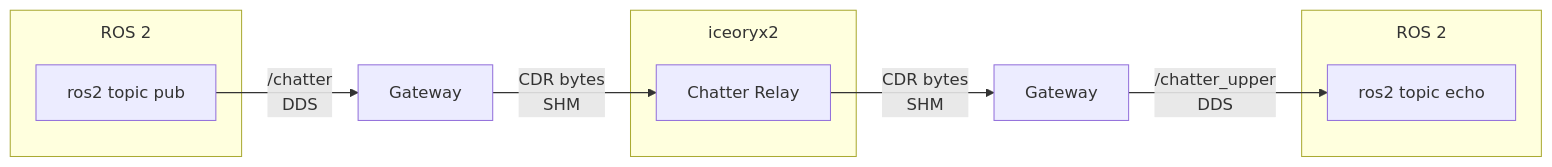
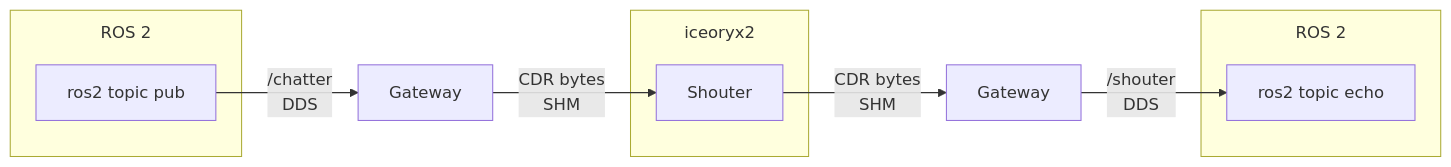
The diagram in source/tutorials/gateway-to-ros-2/cdr-bytes-as-payload.md (ekxide/iceoryx2-book), drawn with Mermaid before and after one commit. The commit also changed other lines of this file, not shown here.

Commit message:
[#57] Build the CDR tutorial application with cargo

````diff
--- a/source/tutorials/gateway-to-ros-2/cdr-bytes-as-payload.md
+++ b/source/tutorials/gateway-to-ros-2/cdr-bytes-as-payload.md
@@ -44,27 +49,27 @@
 ```{mermaid}
 :caption: The String message crossing the boundary between ROS 2 and iceoryx2
 :alt: ROS 2 publishes String -> received, transformed and re-published in iceoryx2 -> received in ROS 2
 
 %%{init: {"flowchart": {"subGraphTitleMargin": {"top": 10, "bottom": 8}}} }%%
 flowchart LR
     subgraph ros2a["ROS 2"]
         pub["ros2 topic pub"]:::external
     end
 
     gw1["Gateway"]:::gateway
 
     subgraph iox2["iceoryx2"]
-        rly["Chatter Relay"]
+        sht["Shouter"]
     end
 
     gw2["Gateway"]:::gateway
 
     subgraph ros2b["ROS 2"]
         echo["ros2 topic echo"]:::external
     end
 
     pub -- "/chatter<br/>DDS" --> gw1
-    gw1 -- "CDR bytes<br/>SHM" --> rly
-    rly -- "CDR bytes<br/>SHM" --> gw2
-    gw2 -- "/chatter_upper<br/>DDS" --> echo
+    gw1 -- "CDR bytes<br/>SHM" --> sht
+    sht -- "CDR bytes<br/>SHM" --> gw2
+    gw2 -- "/shouter<br/>DDS" --> echo
 ```
````
